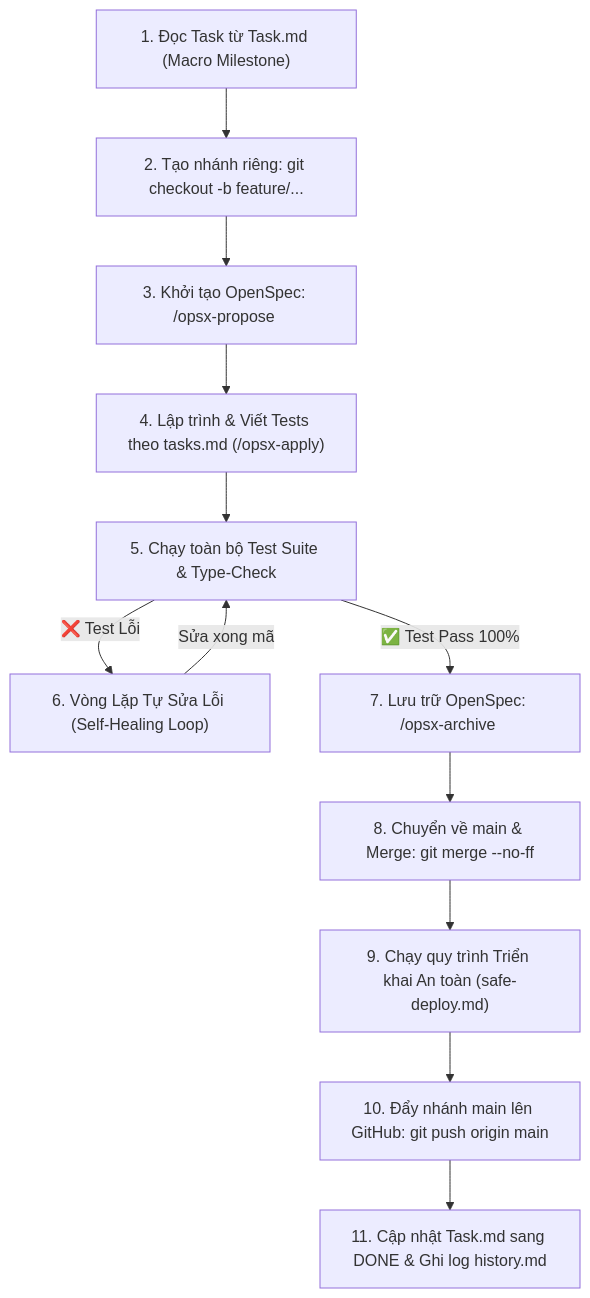
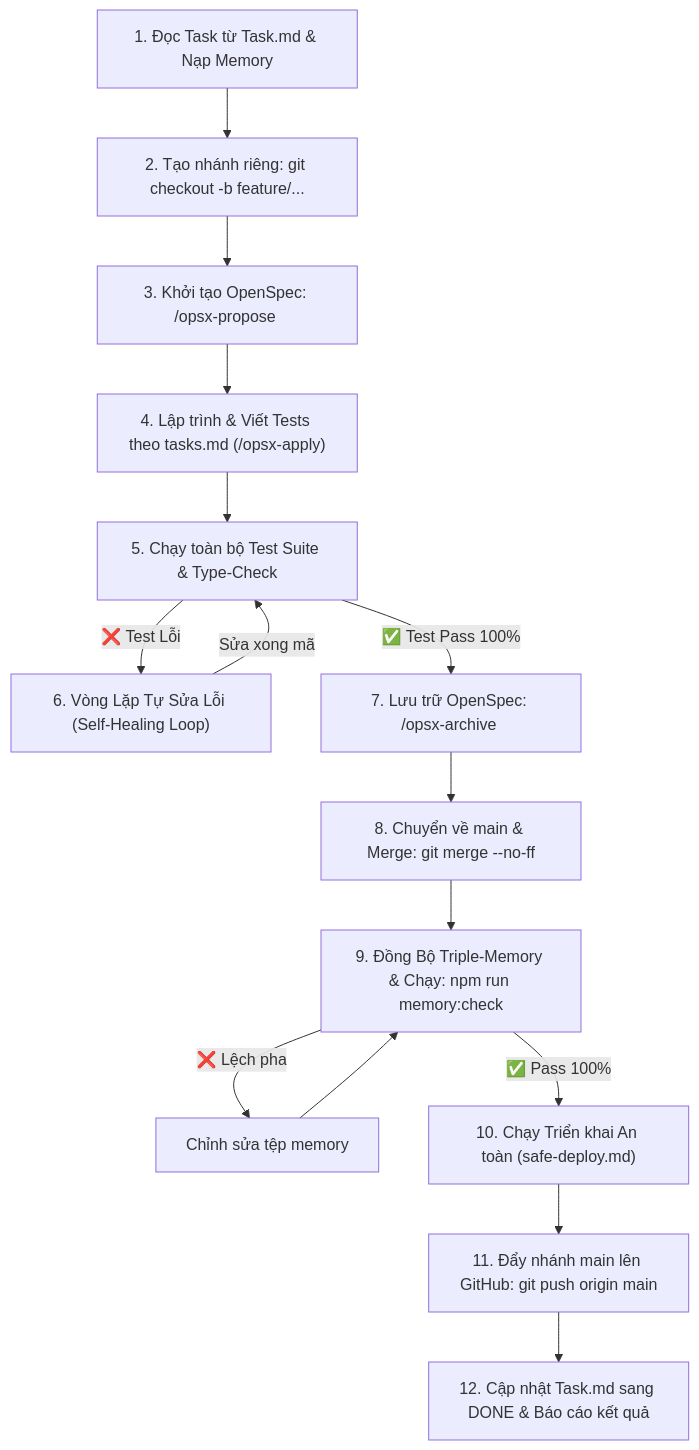
Before and after one commit to MinhNguyen0106/ShopFlow: the diagram in .agents/workflows/task-lifecycle.md, drawn with Mermaid. The commit also changed other lines of this file and 10 other files, not shown here.

Commit message:
feat(workflow): establish automated triple-memory protocol and verification tooling

````diff
--- a/.agents/workflows/task-lifecycle.md
+++ b/.agents/workflows/task-lifecycle.md
@@ -15,14 +15,17 @@
 ```mermaid
 graph TD
-    A["1. Đọc Task từ Task.md (Macro Milestone)"] --> B["2. Tạo nhánh riêng: git checkout -b feature/..."]
+    A["1. Đọc Task từ Task.md & Nạp Memory"] --> B["2. Tạo nhánh riêng: git checkout -b feature/..."]
     B --> C["3. Khởi tạo OpenSpec: /opsx-propose <feature-name>"]
     C --> D["4. Lập trình & Viết Tests theo tasks.md (/opsx-apply)"]
     D --> E["5. Chạy toàn bộ Test Suite & Type-Check"]
     E -->|❌ Test Lỗi| F["6. Vòng Lặp Tự Sửa Lỗi (Self-Healing Loop)"]
     F -->|Sửa xong mã| E
     E -->|✅ Test Pass 100%| G["7. Lưu trữ OpenSpec: /opsx-archive <feature-name>"]
     G --> H["8. Chuyển về main & Merge: git merge --no-ff"]
-    H --> I["9. Chạy quy trình Triển khai An toàn (safe-deploy.md)"]
-    I --> J["10. Đẩy nhánh main lên GitHub: git push origin main"]
-    J --> K["11. Cập nhật Task.md sang DONE & Ghi log history.md"]
+    H --> I["9. Đồng Bộ Triple-Memory & Chạy: npm run memory:check"]
+    I -->|❌ Lệch pha| I1["Chỉnh sửa tệp memory"]
+    I1 --> I
+    I -->|✅ Pass 100%| J["10. Chạy Triển khai An toàn (safe-deploy.md)"]
+    J --> K["11. Đẩy nhánh main lên GitHub: git push origin main"]
+    K --> L["12. Cập nhật Task.md sang DONE & Báo cáo kết quả"]
 ```
````
